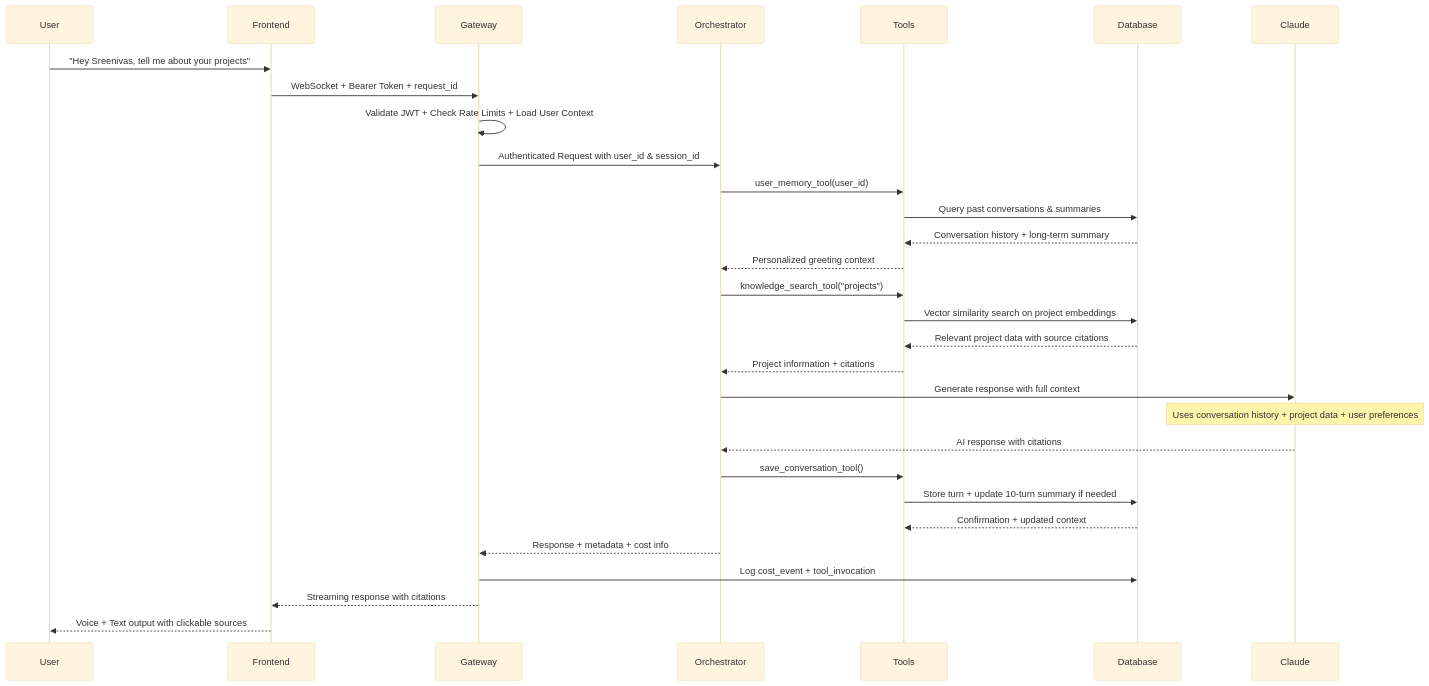
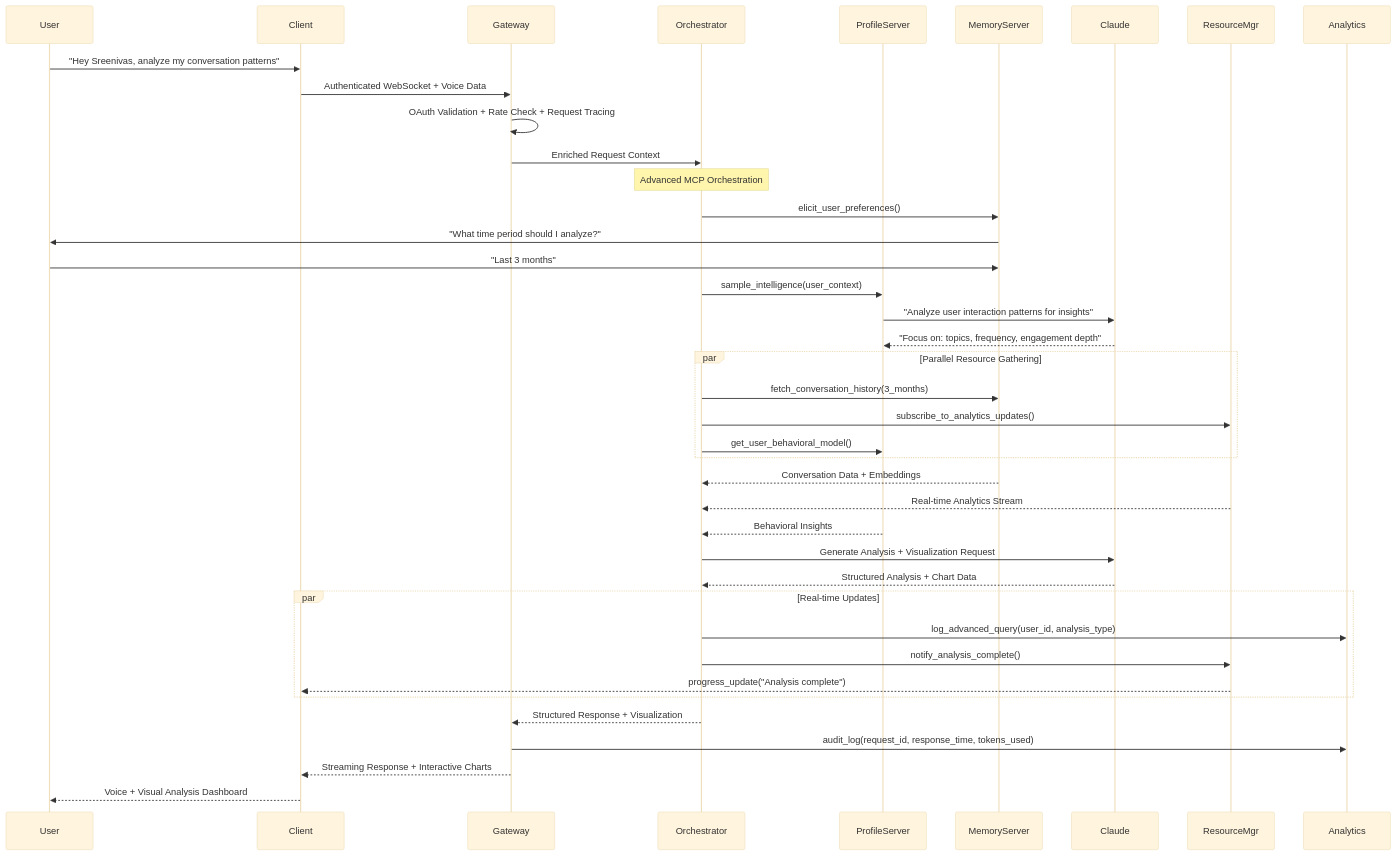
One commit to LSG-hub/Project-001 changed the second of 12 diagrams in README.md. Above: the diagram before and after it, drawn with Mermaid (base theme). The commit also changed other lines of this file, not shown here.

````diff
--- a/README.md
+++ b/README.md
@@ -161,38 +174,51 @@
 ```mermaid
 sequenceDiagram
     participant User
-    participant Frontend
+    participant Client
     participant Gateway
     participant Orchestrator
-    participant Tools
-    participant Database
+    participant ProfileServer
+    participant MemoryServer
     participant Claude
+    participant ResourceMgr
+    participant Analytics
     
-    User->>Frontend: "Hey Sreenivas, tell me about your projects"
-    Frontend->>Gateway: WebSocket + Bearer Token + request_id
-    Gateway->>Gateway: Validate JWT + Check Rate Limits + Load User Context
-    Gateway->>Orchestrator: Authenticated Request with user_id & session_id
+    User->>Client: "Hey Sreenivas, analyze my conversation patterns"
+    Client->>Gateway: Authenticated WebSocket + Voice Data
     
-    Orchestrator->>Tools: user_memory_tool(user_id)
-    Tools->>Database: Query past conversations & summaries
-    Database-->>Tools: Conversation history + long-term summary
-    Tools-->>Orchestrator: Personalized greeting context
+    Gateway->>Gateway: OAuth Validation + Rate Check + Request Tracing
+    Gateway->>Orchestrator: Enriched Request Context
     
-    Orchestrator->>Tools: knowledge_search_tool("projects")
-    Tools->>Database: Vector similarity search on project embeddings
-    Database-->>Tools: Relevant project data with source citations
-    Tools-->>Orchestrator: Project information + citations
+    Note over Orchestrator: Advanced MCP Orchestration
+    Orchestrator->>MemoryServer: elicit_user_preferences()
+    MemoryServer->>User: "What time period should I analyze?"
+    User->>MemoryServer: "Last 3 months"
     
-    Orchestrator->>Claude: Generate response with full context
-    Note over Claude: Uses conversation history + project data + user preferences
-    Claude-->>Orchestrator: AI response with citations
+    Orchestrator->>ProfileServer: sample_intelligence(user_context)
+    ProfileServer->>Claude: "Analyze user interaction patterns for insights"
+    Claude-->>ProfileServer: "Focus on: topics, frequency, engagement depth"
     
-    Orchestrator->>Tools: save_conversation_tool()
-    Tools->>Database: Store turn + update 10-turn summary if needed
-    Database-->>Tools: Confirmation + updated context
+    par Parallel Resource Gathering
+        Orchestrator->>MemoryServer: fetch_conversation_history(3_months)
+        Orchestrator->>ResourceMgr: subscribe_to_analytics_updates()
+        Orchestrator->>ProfileServer: get_user_behavioral_model()
+    end
     
-    Orchestrator-->>Gateway: Response + metadata + cost info
-    Gateway->>Database: Log cost_event + tool_invocation
-    Gateway-->>Frontend: Streaming response with citations
-    Frontend-->>User: Voice + Text output with clickable sources
+    MemoryServer-->>Orchestrator: Conversation Data + Embeddings
+    ResourceMgr-->>Orchestrator: Real-time Analytics Stream
+    ProfileServer-->>Orchestrator: Behavioral Insights
+    
+    Orchestrator->>Claude: Generate Analysis + Visualization Request
+    Claude-->>Orchestrator: Structured Analysis + Chart Data
+    
+    par Real-time Updates
+        Orchestrator->>Analytics: log_advanced_query(user_id, analysis_type)
+        Orchestrator->>ResourceMgr: notify_analysis_complete()
+        ResourceMgr-->>Client: progress_update("Analysis complete")
+    end
+    
+    Orchestrator-->>Gateway: Structured Response + Visualization
+    Gateway->>Analytics: audit_log(request_id, response_time, tokens_used)
+    Gateway-->>Client: Streaming Response + Interactive Charts
+    Client-->>User: Voice + Visual Analysis Dashboard
 ```
````
